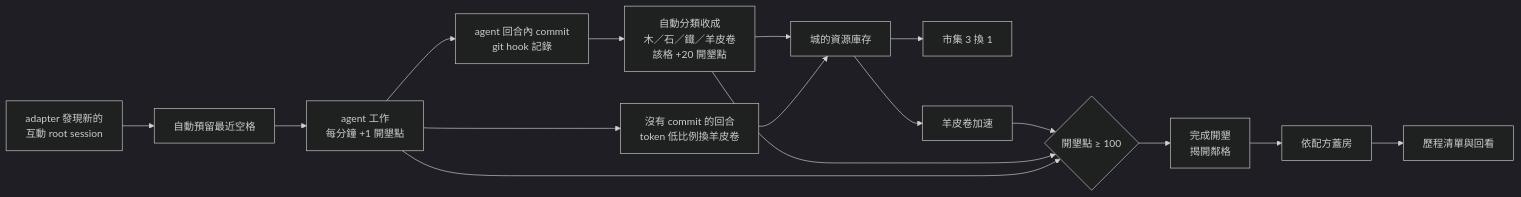
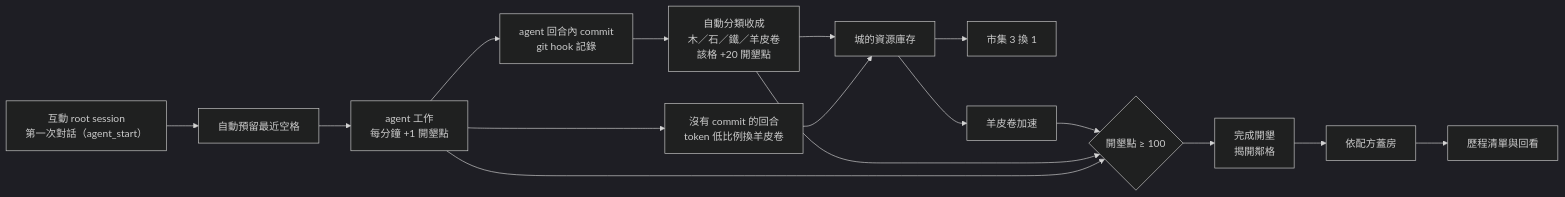
The diagram in docs/proposal.md (kaihg/herdr-reclaim), drawn with Mermaid (dark theme) before and after one commit. The commit also changed other lines of this file and 2 other files, not shown here.

First line of the commit message:
第一次對話（agent_start）才建格，沒講話的 session 不佔土地

````diff
--- a/docs/proposal.md
+++ b/docs/proposal.md
@@ -65,18 +65,18 @@
 ```mermaid
 flowchart LR
-  Seen[adapter 發現新的<br/>互動 root session] --> Reserve[自動預留最近空格]
+  Seen[互動 root session<br/>第一次對話（agent_start）] --> Reserve[自動預留最近空格]
   Reserve --> Work[agent 工作<br/>每分鐘 +1 開墾點]
   Work --> Commit[agent 回合內 commit<br/>git hook 記錄]
   Commit --> Harvest[自動分類收成<br/>木／石／鐵／羊皮卷<br/>該格 +20 開墾點]
   Work --> NoCommit[沒有 commit 的回合<br/>token 低比例換羊皮卷]
   Harvest --> Stock[城的資源庫存]
   NoCommit --> Stock
   Stock --> Market[市集 3 換 1]
   Stock --> Boost[羊皮卷加速]
   Boost --> Ready{開墾點 ≥ 100}
   Harvest --> Ready
   Work --> Ready
   Ready --> Cleared[完成開墾<br/>揭開鄰格]
   Cleared --> Build[依配方蓋房]
   Build --> Review[歷程清單與回看]
 ```
````
